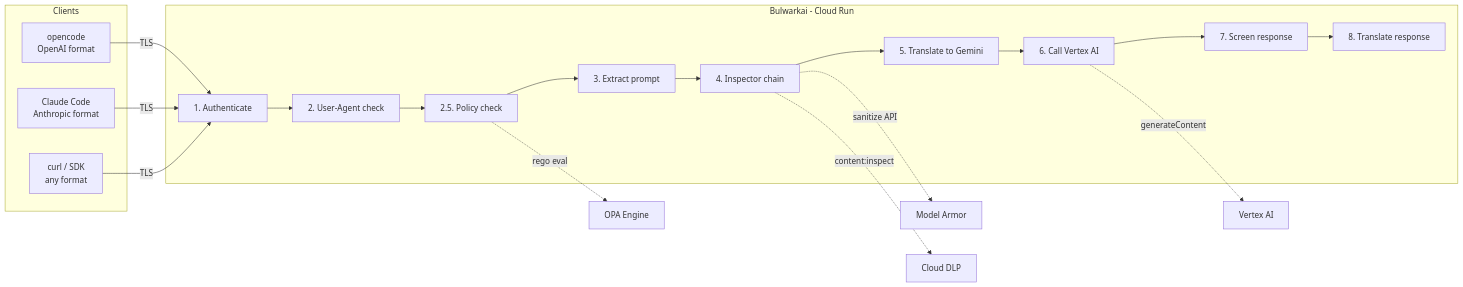
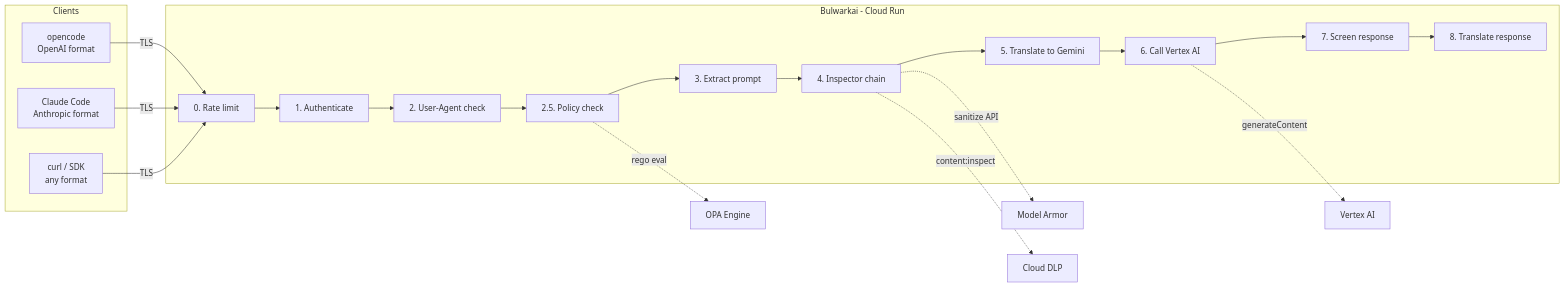
One commit to Daviey/bulwarkai changed the first of 4 diagrams in docs/design.md. Above: the diagram before and after it, drawn with Mermaid. The commit also changed other lines of this file and 8 other files, not shown here.

````diff
--- a/docs/design.md
+++ b/docs/design.md
@@ -5,31 +5,32 @@
 ```mermaid
 graph LR
     subgraph Clients
         OC[opencode<br/>OpenAI format]
         CC[Claude Code<br/>Anthropic format]
         CU[curl / SDK<br/>any format]
     end
 
     subgraph Bulwarkai [Bulwarkai - Cloud Run]
+        RL[0. Rate limit]
         AUTH[1. Authenticate]
         UA[2. User-Agent check]
         POL[2.5. Policy check]
         EXT[3. Extract prompt]
         INSP[4. Inspector chain]
         TR[5. Translate to Gemini]
         VC[6. Call Vertex AI]
         INSR[7. Screen response]
         TR2[8. Translate response]
     end
 
-    OC -->|TLS| AUTH
-    CC -->|TLS| AUTH
-    CU -->|TLS| AUTH
-    AUTH --> UA --> POL --> EXT --> INSP --> TR --> VC
+    OC -->|TLS| RL
+    CC -->|TLS| RL
+    CU -->|TLS| RL
+    RL --> AUTH --> UA --> POL --> EXT --> INSP --> TR --> VC
     VC --> INSR --> TR2
 
     POL -.->|rego eval| OPA[OPA Engine]
     INSP -.->|sanitize API| MA[Model Armor]
     VC -.->|generateContent| VA[Vertex AI]
     INSP -.->|content:inspect| DLP[Cloud DLP]
 ```
````
